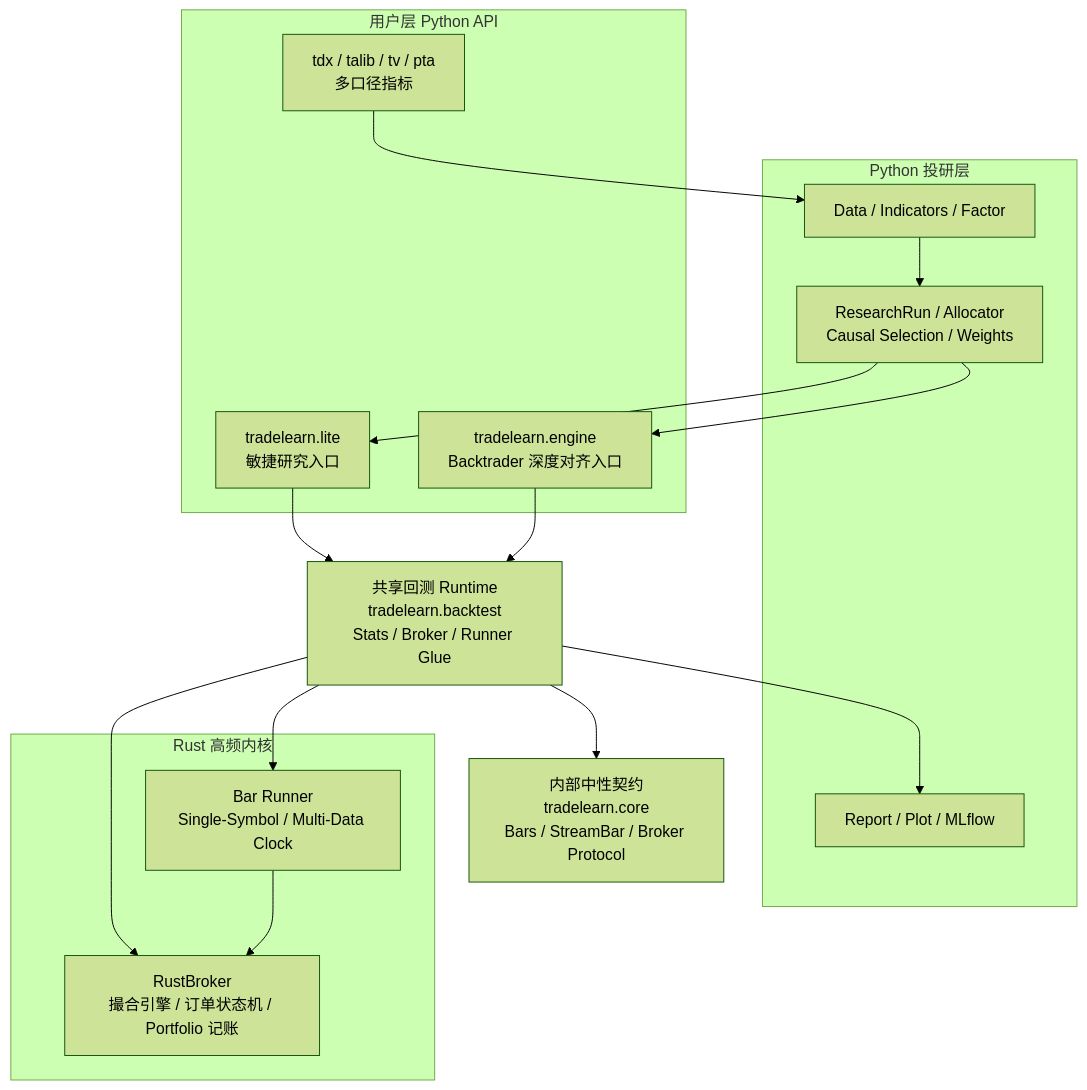
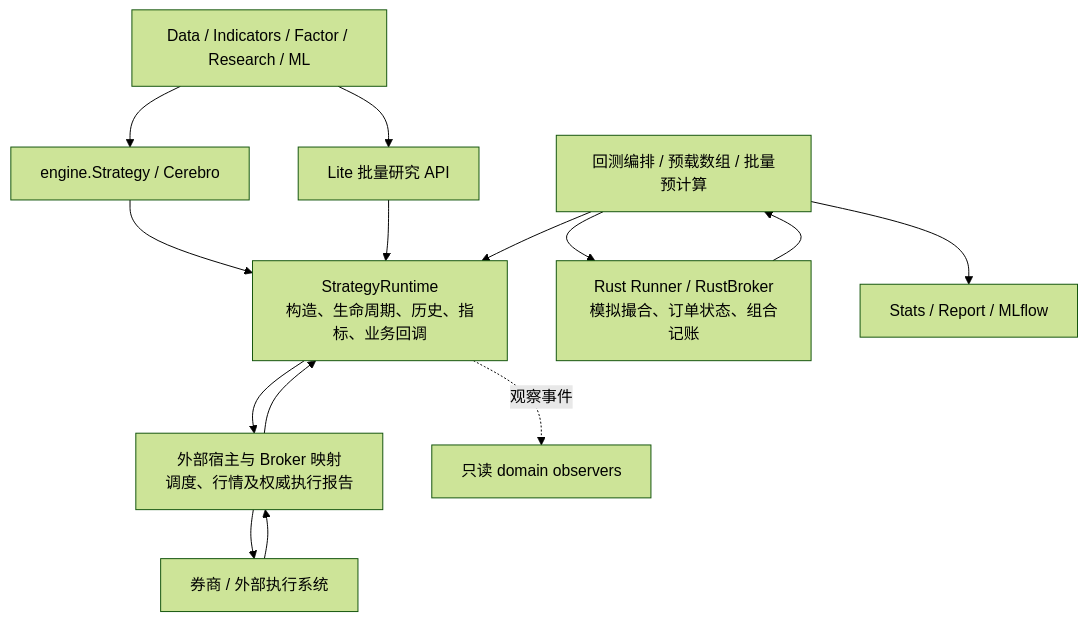
One commit to MuuYesen/trade-learn changed the diagram in docs/concepts/architecture.md. Above: the diagram before and after it, drawn with Mermaid (forest theme). The commit also changed other lines of this file and 45 other files, not shown here.

First line of the commit message:
Publish 0.2.9 source candidate with shared strategy runtime

````diff
--- a/docs/concepts/architecture.md
+++ b/docs/concepts/architecture.md
@@ -9,35 +7,26 @@
 ```mermaid
 flowchart TB
-    subgraph user[用户层 Python API]
-        lite[tradelearn.lite<br/>敏捷研究入口]
-        engine[tradelearn.engine<br/>Backtrader 深度对齐入口]
-        ta[tdx / talib / tv / pta<br/>多口径指标]
-    end
-
-    subgraph research[Python 投研层]
-        data[Data / Indicators / Factor]
-        pipeline[ResearchRun / Allocator<br/>Causal Selection / Weights]
-        report[Report / Plot / MLflow]
-    end
-
-    runtime[共享回测 Runtime<br/>tradelearn.backtest<br/>Stats / Broker / Runner Glue]
-
-    core[内部中性契约<br/>tradelearn.core<br/>Bars / StreamBar / Broker Protocol]
-
-    subgraph rust[Rust 高频内核]
-        runner[Bar Runner<br/>Single-Symbol / Multi-Data Clock]
-        broker[RustBroker<br/>撮合引擎 / 订单状态机 / Portfolio 记账]
-    end
-
+    engine[engine.Strategy / Cerebro]
+    lite[Lite 批量研究 API]
+    research[Data / Indicators / Factor / Research / ML]
+    runtime[StrategyRuntime<br/>构造、生命周期、历史、指标、业务回调]
+    backtest[回测编排 / 预载数组 / 批量预计算]
+    rust[Rust Runner / RustBroker<br/>模拟撮合、订单状态、组合记账]
+    external[外部宿主与 Broker 映射<br/>调度、行情及权威执行报告]
+    venue[券商 / 外部执行系统]
+    observer[只读 domain observers]
+    report[Stats / Report / MLflow]
+    research --> engine
+    research --> lite
+    engine --> runtime
     lite --> runtime
-    engine --> runtime
-    ta --> data
-    data --> pipeline
-    pipeline --> engine
-    pipeline --> lite
-    runtime --> core
-    runtime --> runner
-    runtime --> broker
-    runner --> broker
-    runtime --> report
+    backtest --> runtime
+    backtest --> rust
+    rust --> backtest
+    external --> runtime
+    runtime --> external
+    external --> venue
+    venue --> external
+    runtime -.观察事件.-> observer
+    backtest --> report
 ```
````
